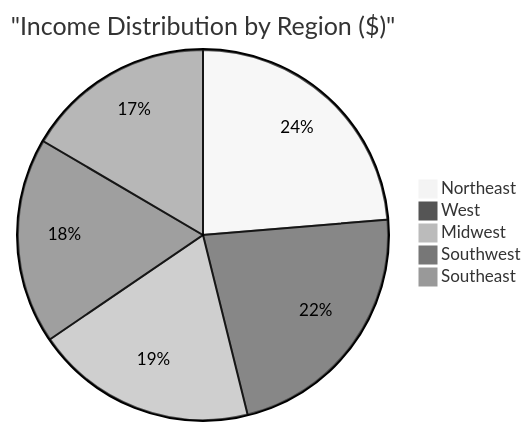
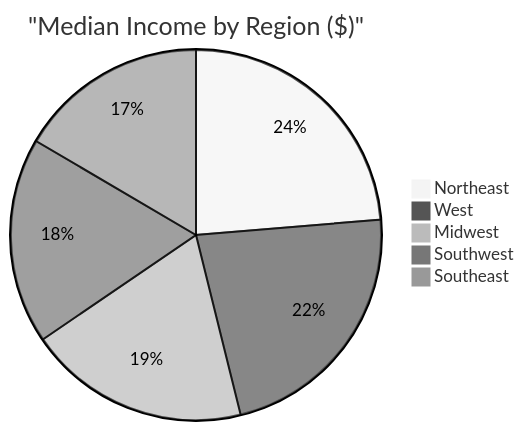
One commit to tzolkowski96/tzolkowski96 changed the first of 9 diagrams in us-household-income-analysis/README.md. Above: the diagram before and after it, drawn with Mermaid (neutral theme). The commit also changed other lines of this file, not shown here.

````diff
--- a/us-household-income-analysis/README.md
+++ b/us-household-income-analysis/README.md
@@ -57,9 +53,9 @@
 ```mermaid
 pie
-    title "Income Distribution by Region ($)"
+    title "Median Income by Region ($)"
     "Northeast" : 102068
     "West" : 96742
     "Midwest" : 83405
     "Southwest" : 77494
     "Southeast" : 71307
 ```
````
